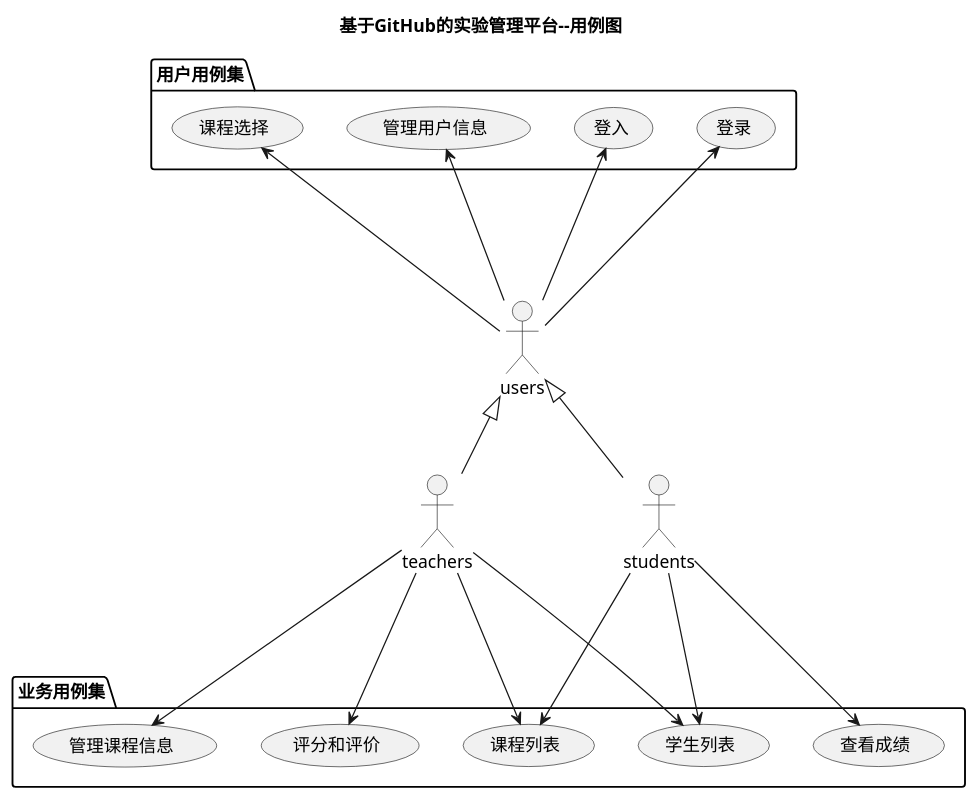
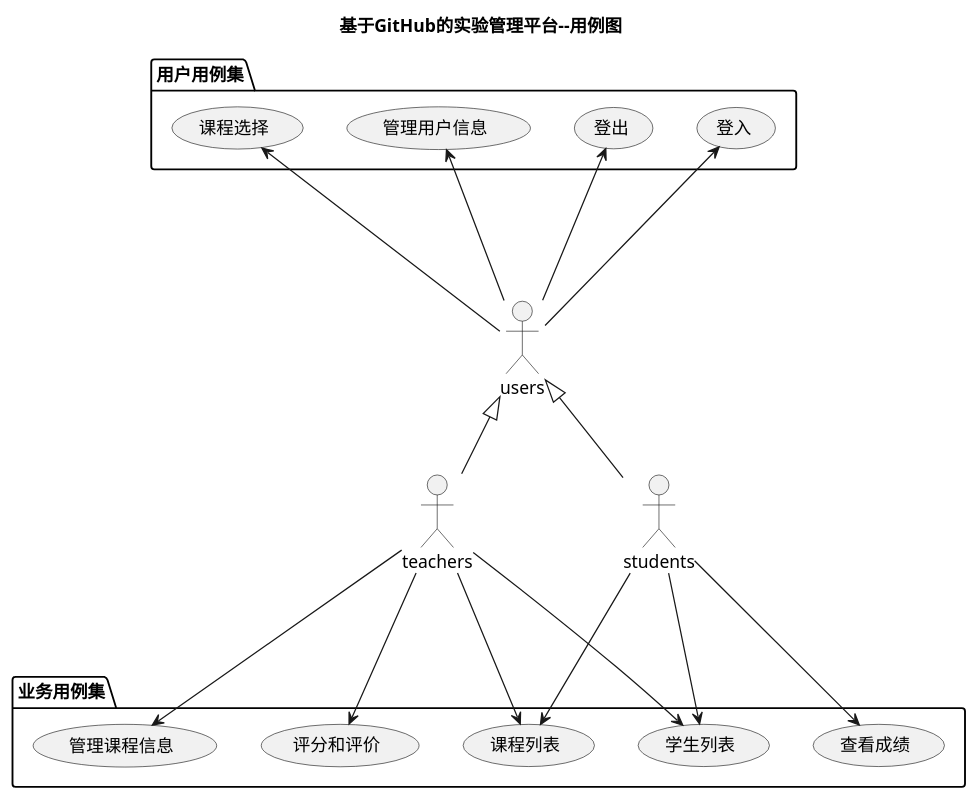
One commit to vividWHW/is_analysis changed the diagram in test6/src/uml3.all.puml. Above: the diagram before and after it, drawn with PlantUML.

```diff
--- a/test6/src/uml3.all.puml
+++ b/test6/src/uml3.all.puml
@@ -1,25 +1,25 @@
 @startuml
 title 基于GitHub的实验管理平台--用例图
 actor teachers
 actor students
 actor users
 users <|-- teachers
 users <|-- students
 
 package 用户用例集 {
-users --up-> (登录)
 users --up-> (登入)
+users --up-> (登出)
 users --up-> (管理用户信息)
 users --up-> (课程选择)
 }
 package 业务用例集 {
 teachers ---> (评分和评价)
 teachers ---> (学生列表)
 teachers ---> (课程列表)
 teachers ---> (管理课程信息)
 students ---> (学生列表)
 students ---> (查看成绩)
 students ---> (课程列表)
 }
 
 @enduml
```
